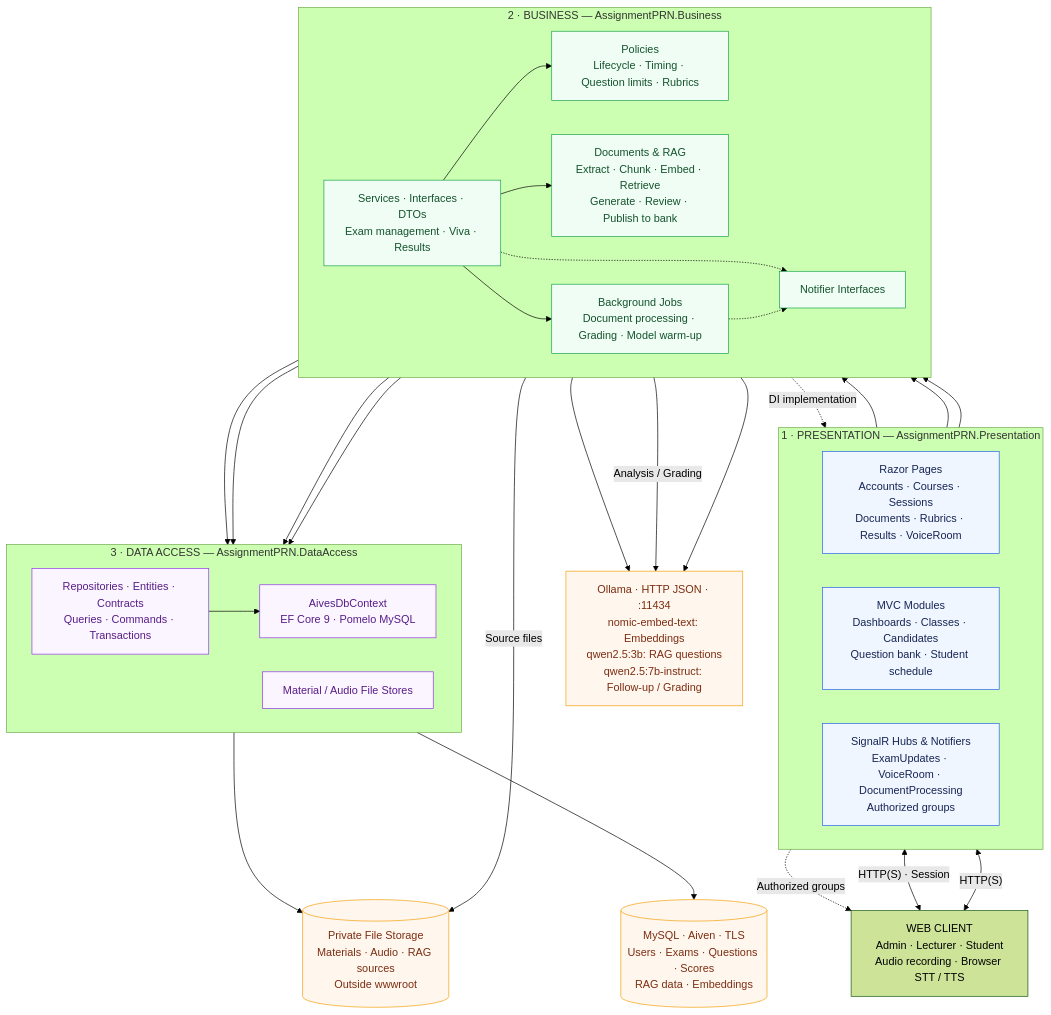
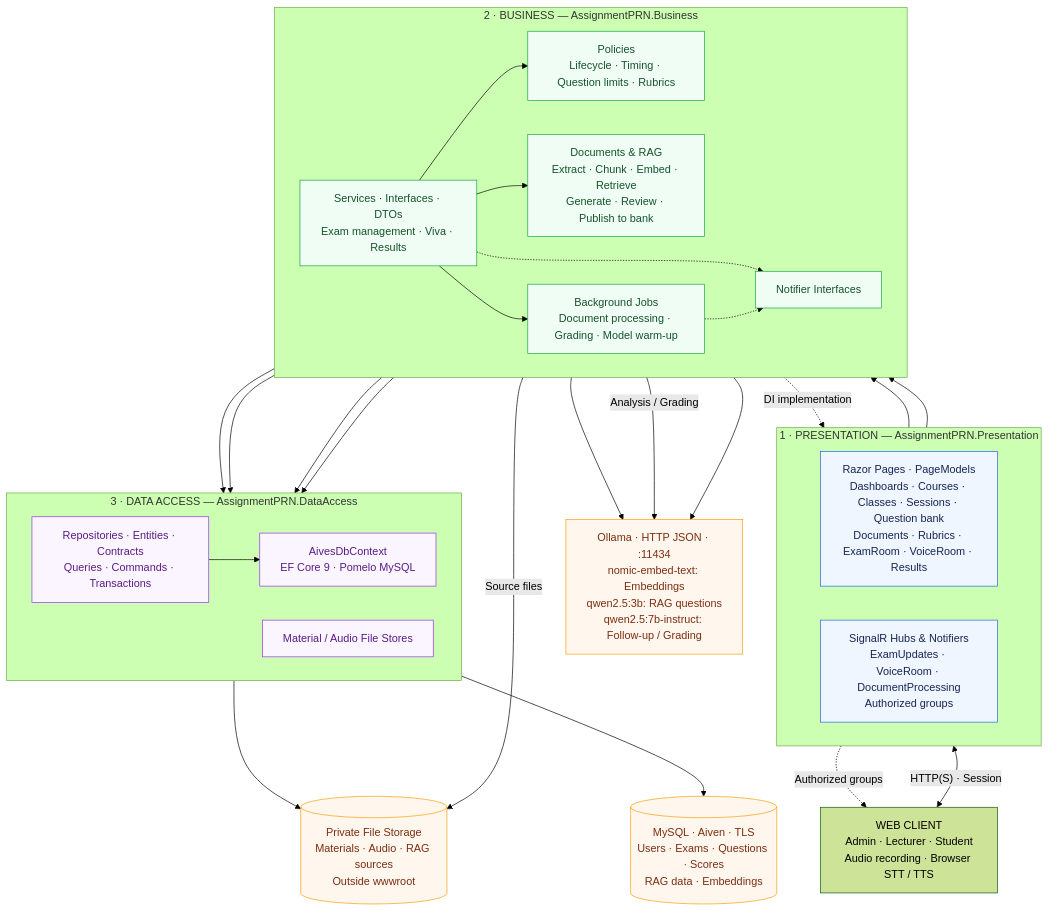
One commit to zanh154/AS2 changed the diagram in docs/architecture.mmd. Above: the diagram before and after it, drawn with Mermaid (forest theme). The commit also changed 169 other files, not shown here.

First line of the commit message:
refactor: chuyển toàn bộ giao diện sang Razor Pages, bỏ MVC

```diff
--- a/docs/architecture.mmd
+++ b/docs/architecture.mmd
@@ -1,54 +1,51 @@
 flowchart TB
     Browser["WEB CLIENT<br/>Admin · Lecturer · Student<br/>Audio recording · Browser STT / TTS"]
     subgraph P["1 · PRESENTATION — AssignmentPRN.Presentation"]
       direction LR
-      Pages["Razor Pages<br/>Accounts · Courses · Sessions<br/>Documents · Rubrics · Results · VoiceRoom"]
-      MVC["MVC Modules<br/>Dashboards · Classes · Candidates<br/>Question bank · Student schedule"]
+      Pages["Razor Pages · PageModels<br/>Dashboards · Courses · Classes · Sessions · Question bank<br/>Documents · Rubrics · ExamRoom · VoiceRoom · Results"]
       Hubs["SignalR Hubs & Notifiers<br/>ExamUpdates · VoiceRoom · DocumentProcessing<br/>Authorized groups"]
     end
     subgraph B["2 · BUSINESS — AssignmentPRN.Business"]
       direction LR
       Services["Services · Interfaces · DTOs<br/>Exam management · Viva · Results"]
       Rules["Policies<br/>Lifecycle · Timing · Question limits · Rubrics"]
       Rag["Documents & RAG<br/>Extract · Chunk · Embed · Retrieve<br/>Generate · Review · Publish to bank"]
       Jobs["Background Jobs<br/>Document processing · Grading · Model warm-up"]
       Ports["Notifier Interfaces"]
     end
     subgraph D["3 · DATA ACCESS — AssignmentPRN.DataAccess"]
       direction LR
       Repo["Repositories · Entities · Contracts<br/>Queries · Commands · Transactions"]
       EF["AivesDbContext<br/>EF Core 9 · Pomelo MySQL"]
       Store["Material / Audio File Stores"]
     end
     DB[("MySQL · Aiven · TLS<br/>Users · Exams · Questions · Scores<br/>RAG data · Embeddings")]
     Files[("Private File Storage<br/>Materials · Audio · RAG sources<br/>Outside wwwroot")]
     AI["Ollama · HTTP JSON · :11434<br/>nomic-embed-text: Embeddings<br/>qwen2.5:3b: RAG questions<br/>qwen2.5:7b-instruct: Follow-up / Grading"]
     Browser <-->|"HTTP(S) · Session"| Pages
-    Browser <-->|"HTTP(S)"| MVC
     Pages --> Services
-    MVC --> Services
     Hubs --> Services
     Services --> Rules
     Services --> Rag
     Services --> Jobs
     Services --> Repo
     Jobs --> Repo
     Rag --> Repo
     Repo --> EF --> DB
     Services --> Store --> Files
     Rag -->|"Source files"| Files
     Rag --> AI
     Services -->|"Analysis / Grading"| AI
     Jobs --> AI
     Services -.-> Ports
     Jobs -.-> Ports
     Ports -.->|"DI implementation"| Hubs
     Hubs -.->|"Authorized groups"| Browser
     classDef web fill:#eff6ff,stroke:#2563eb,color:#172554
     classDef business fill:#f0fdf4,stroke:#16a34a,color:#14532d
     classDef data fill:#faf5ff,stroke:#9333ea,color:#581c87
     classDef resource fill:#fff7ed,stroke:#f59e0b,color:#7c2d12
-    class Pages,MVC,Hubs web
+    class Pages,Hubs web
     class Services,Rules,Rag,Jobs,Ports business
     class Repo,EF,Store data
     class DB,Files,AI resource
```
